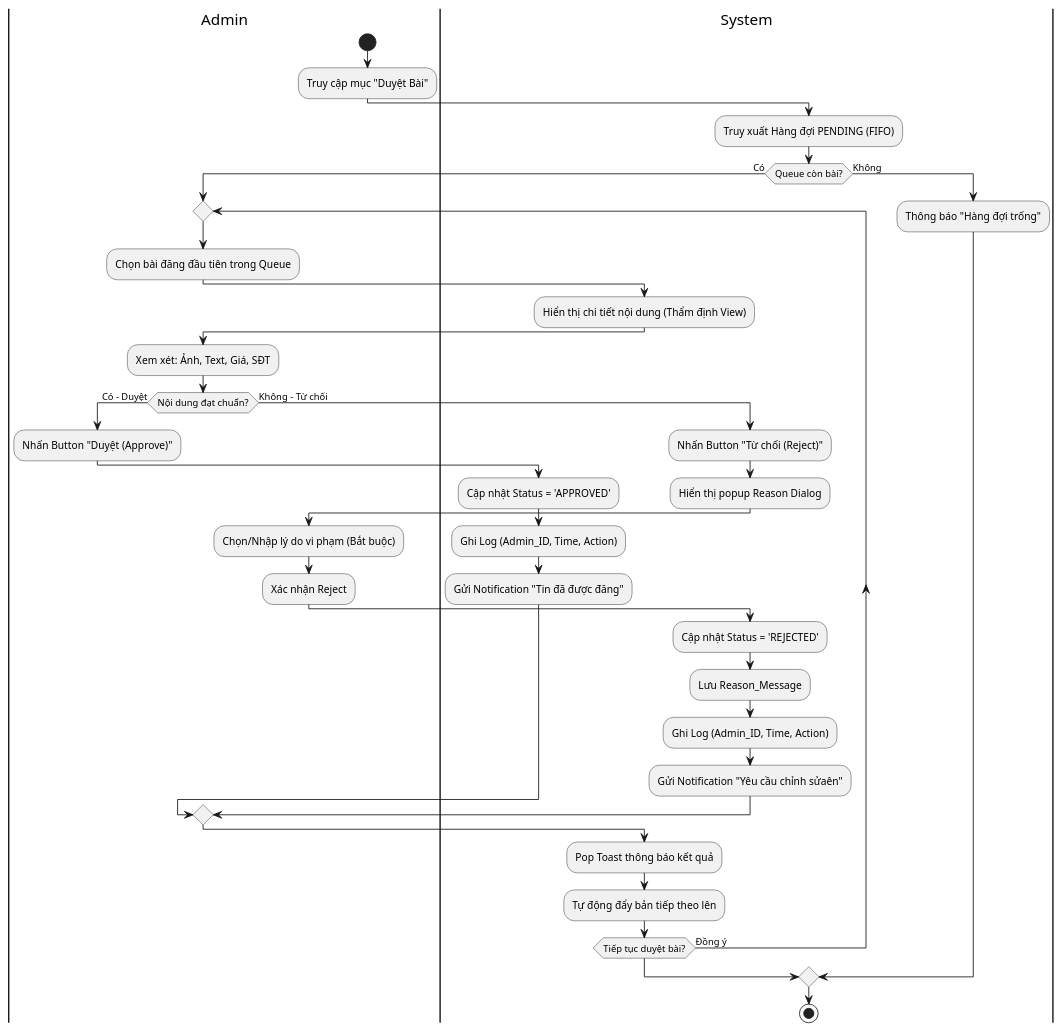
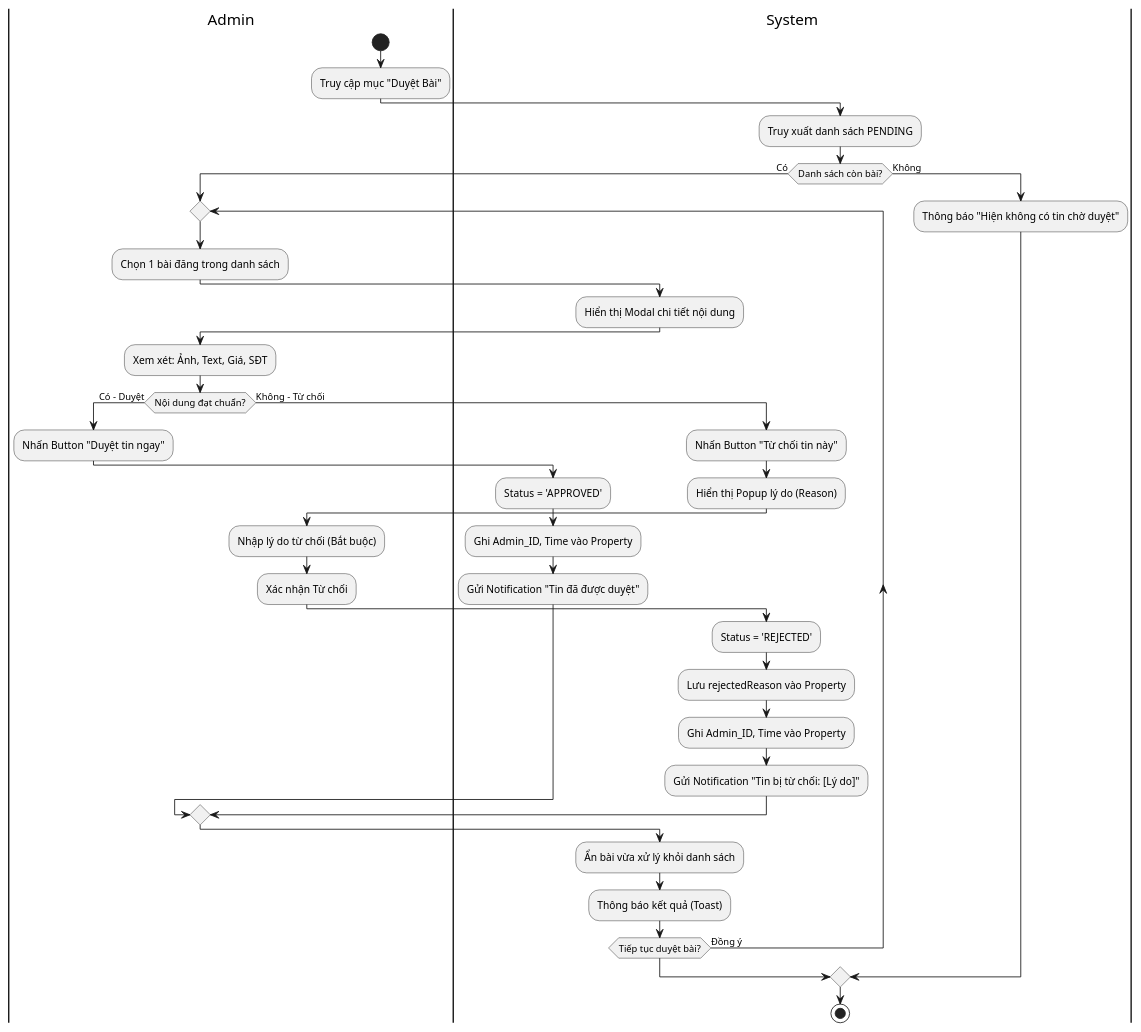
The diagram in src/main/java/vn/hcmute/edu/lequanghung_nguyenthaibao/backend/uml/UC06_KiemDuyetTinDang/UC06_KiemDuyetTinDang_Activity.puml (chishiya2309/LeaseLink-Backend), drawn with PlantUML before and after one commit. The commit also changed 8 other files, not shown here.

```diff
--- a/src/main/java/vn/hcmute/edu/lequanghung_nguyenthaibao/backend/uml/UC06_KiemDuyetTinDang/UC06_KiemDuyetTinDang_Activity.puml
+++ b/src/main/java/vn/hcmute/edu/lequanghung_nguyenthaibao/backend/uml/UC06_KiemDuyetTinDang/UC06_KiemDuyetTinDang_Activity.puml
@@ -1,42 +1,42 @@
 @startuml
 |Admin|
 start
 :Truy cập mục "Duyệt Bài";
 |System|
-:Truy xuất Hàng đợi PENDING (FIFO);
-if (Queue còn bài?) then (Có)
+:Truy xuất danh sách PENDING;
+if (Danh sách còn bài?) then (Có)
   |Admin|
   repeat
-    :Chọn bài đăng đầu tiên trong Queue;
+    :Chọn 1 bài đăng trong danh sách;
     |System|
-    :Hiển thị chi tiết nội dung (Thẩm định View);
+    :Hiển thị Modal chi tiết nội dung;
     |Admin|
     :Xem xét: Ảnh, Text, Giá, SĐT;
     if (Nội dung đạt chuẩn?) then (Có - Duyệt)
-      :Nhấn Button "Duyệt (Approve)";
+      :Nhấn Button "Duyệt tin ngay";
       |System|
-      :Cập nhật Status = 'APPROVED';
-      :Ghi Log (Admin_ID, Time, Action);
-      :Gửi Notification "Tin đã được đăng";
+      :Status = 'APPROVED';
+      :Ghi Admin_ID, Time vào Property;
+      :Gửi Notification "Tin đã được duyệt";
     else (Không - Từ chối)
-      :Nhấn Button "Từ chối (Reject)";
+      :Nhấn Button "Từ chối tin này";
       |System|
-      :Hiển thị popup Reason Dialog;
+      :Hiển thị Popup lý do (Reason);
       |Admin|
-      :Chọn/Nhập lý do vi phạm (Bắt buộc);
-      :Xác nhận Reject;
+      :Nhập lý do từ chối (Bắt buộc);
+      :Xác nhận Từ chối;
       |System|
-      :Cập nhật Status = 'REJECTED';
-      :Lưu Reason_Message;
-      :Ghi Log (Admin_ID, Time, Action);
-      :Gửi Notification "Yêu cầu chỉnh sửaên";
+      :Status = 'REJECTED';
+      :Lưu rejectedReason vào Property;
+      :Ghi Admin_ID, Time vào Property;
+      :Gửi Notification "Tin bị từ chối: [Lý do]";
     endif
     |System|
-    :Pop Toast thông báo kết quả;
-    :Tự động đẩy bản tiếp theo lên;
+    :Ẩn bài vừa xử lý khỏi danh sách;
+    :Thông báo kết quả (Toast);
   repeat while (Tiếp tục duyệt bài?) is (Đồng ý)
 else (Không)
-  :Thông báo "Hàng đợi trống";
+  :Thông báo "Hiện không có tin chờ duyệt";
 endif
 stop
 @enduml
```
